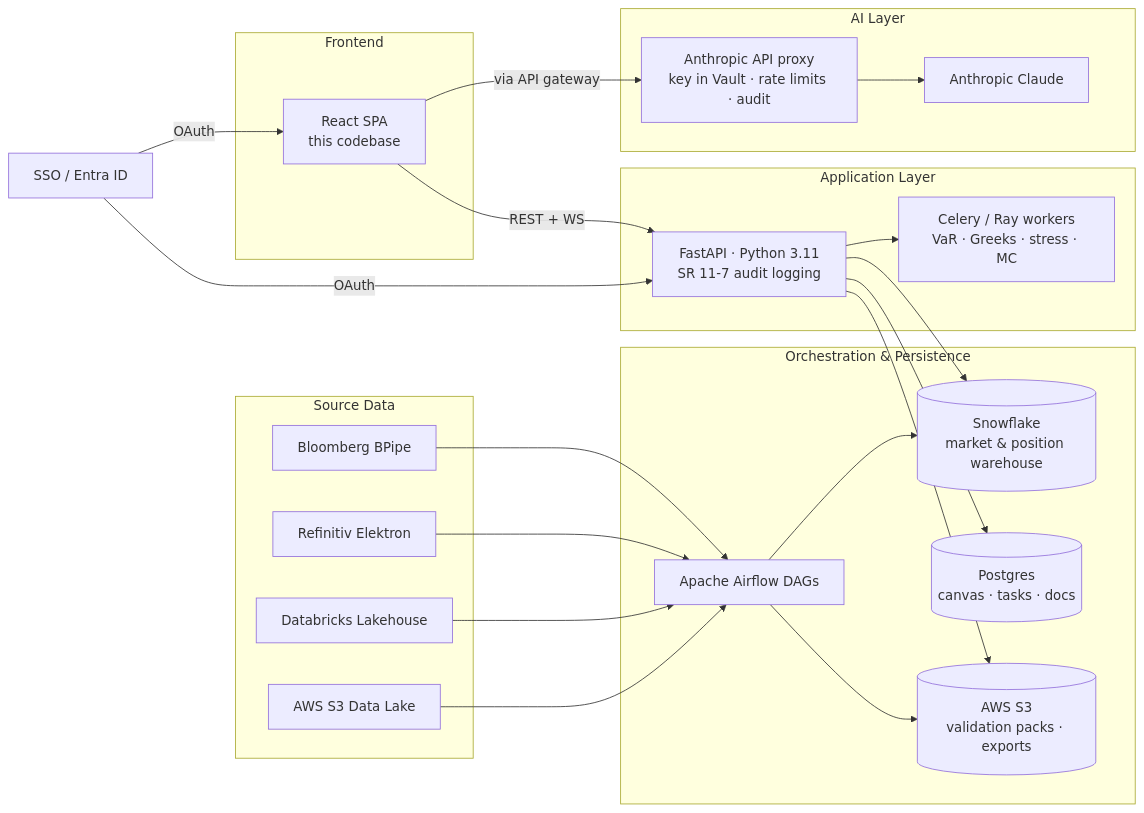
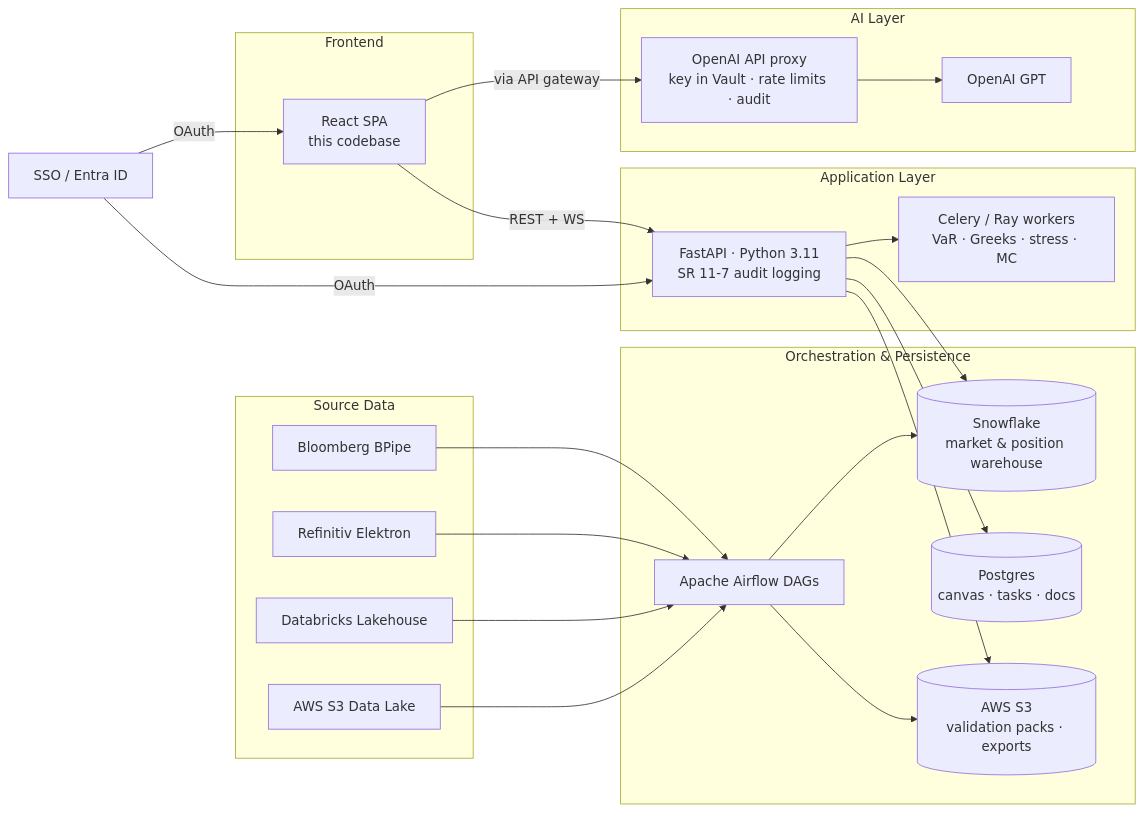
Before and after one commit to zhengkarena/statestreetrisk: the diagram in README.md, drawn with Mermaid. The commit also changed other lines of this file and 4 other files, not shown here.

First line of the commit message:
Switch AI provider from Anthropic to OpenAI

````diff
--- a/README.md
+++ b/README.md
@@ -69,51 +69,51 @@
 ```mermaid
 flowchart LR
     subgraph sources["Source Data"]
         BB[Bloomberg BPipe]
         RF[Refinitiv Elektron]
         DBX[Databricks Lakehouse]
         S3R[AWS S3 Data Lake]
     end
 
     subgraph orch["Orchestration & Persistence"]
         AF[Apache Airflow DAGs]
         SF[(Snowflake<br/>market &amp; position warehouse)]
         PG[(Postgres<br/>canvas · tasks · docs)]
         S3A[(AWS S3<br/>validation packs · exports)]
     end
 
     subgraph api["Application Layer"]
         FA[FastAPI · Python 3.11<br/>SR 11-7 audit logging]
         WORK[Celery / Ray workers<br/>VaR · Greeks · stress · MC]
     end
 
     subgraph fe["Frontend"]
         UI[React SPA<br/>this codebase]
     end
 
     subgraph ai["AI Layer"]
-        ANP[Anthropic API proxy<br/>key in Vault · rate limits · audit]
-        AN[Anthropic Claude]
+        ANP[OpenAI API proxy<br/>key in Vault · rate limits · audit]
+        AN[OpenAI GPT]
     end
 
     SSO[SSO / Entra ID]
 
     BB --> AF
     RF --> AF
     DBX --> AF
     S3R --> AF
     AF --> SF
     AF --> S3A
 
     UI -->|REST + WS| FA
     FA --> SF
     FA --> PG
     FA --> S3A
     FA --> WORK
 
     UI -->|via API gateway| ANP
     ANP --> AN
 
     SSO -->|OAuth| FA
     SSO -->|OAuth| UI
 ```
````
